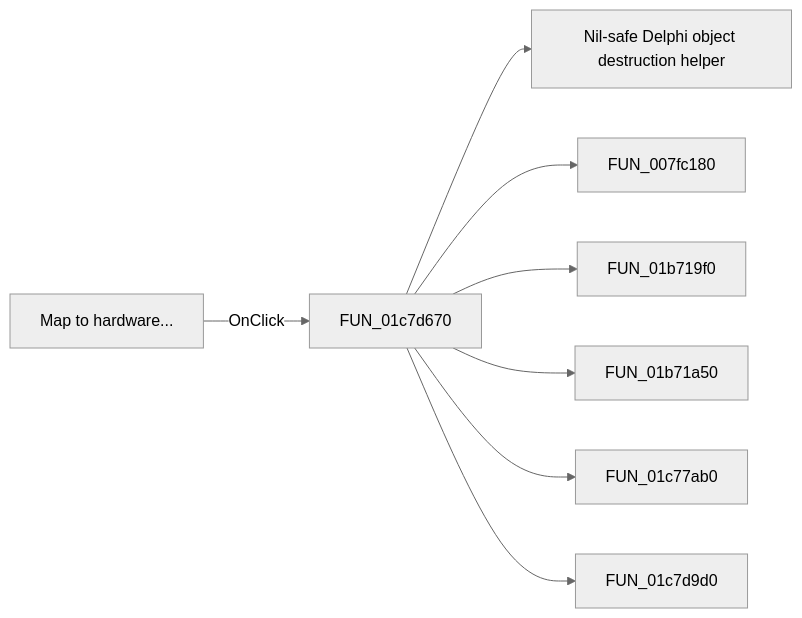
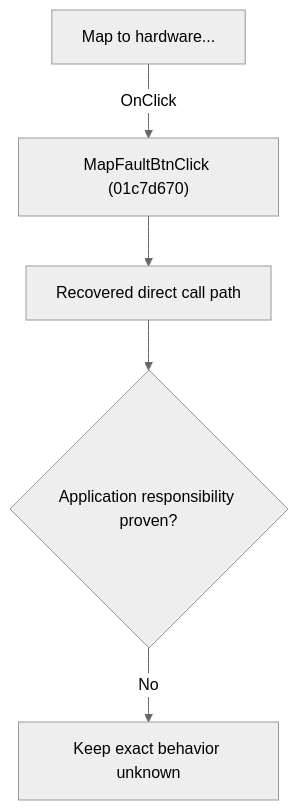
Before and after one commit to MovGP0/TIARA: the diagram in docs/ui-controls/schematiceditor/mapfaultbtn-04f2cafdde.md, drawn with Mermaid (neutral theme). The commit also changed other lines of this file and 1062 other files, not shown here.

````diff
--- a/docs/ui-controls/schematiceditor/mapfaultbtn-04f2cafdde.md
+++ b/docs/ui-controls/schematiceditor/mapfaultbtn-04f2cafdde.md
@@ -27,10 +27,7 @@
 ```mermaid
-flowchart LR
-    control["Map to hardware..."] -->|OnClick| handler["FUN_01c7d670"]
-    handler --> call1["Nil-safe Delphi object destruction helper"]
-    handler --> call2["FUN_007fc180"]
-    handler --> call3["FUN_01b719f0"]
-    handler --> call4["FUN_01b71a50"]
-    handler --> call5["FUN_01c77ab0"]
-    handler --> call6["FUN_01c7d9d0"]
+flowchart TD
+    control["Map to hardware..."] -->|"OnClick"| handler["MapFaultBtnClick (01c7d670)"]
+    handler --> recovered["Recovered direct call path"]
+    recovered --> gap{"Application responsibility proven?"}
+    gap -->|"No"| blocked["Keep exact behavior unknown"]
 ```
````
